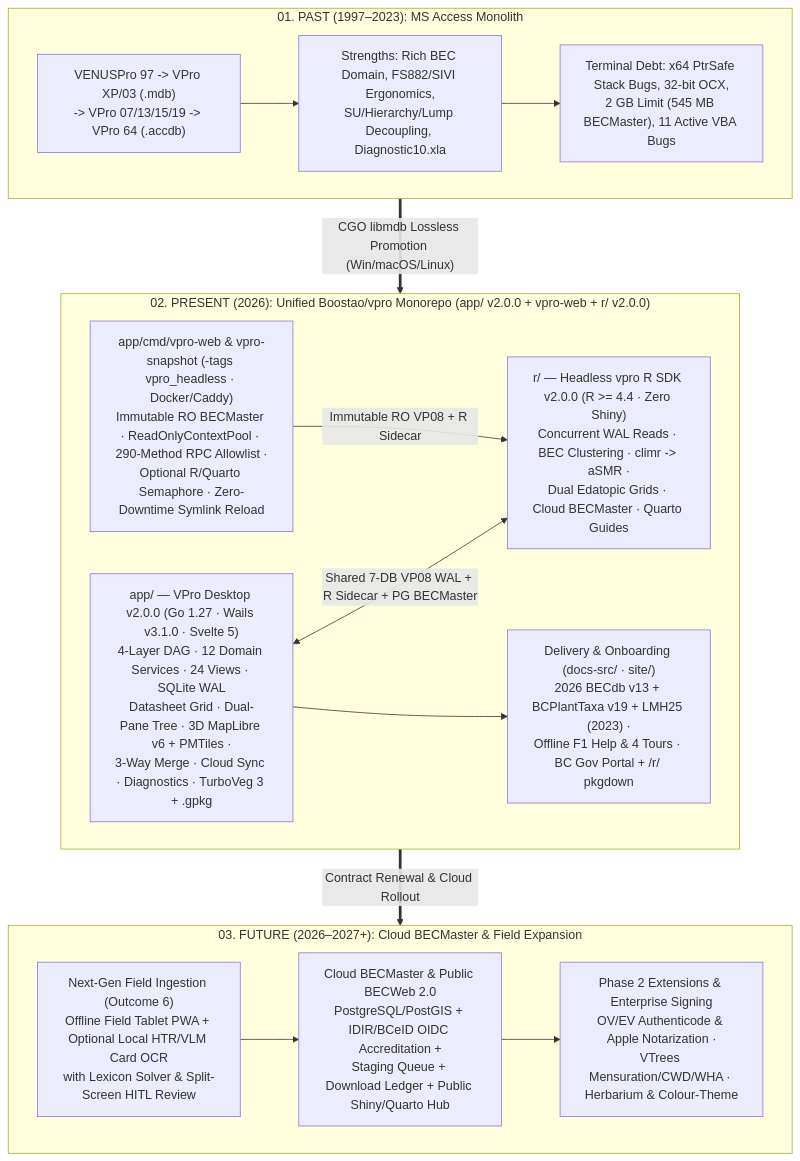
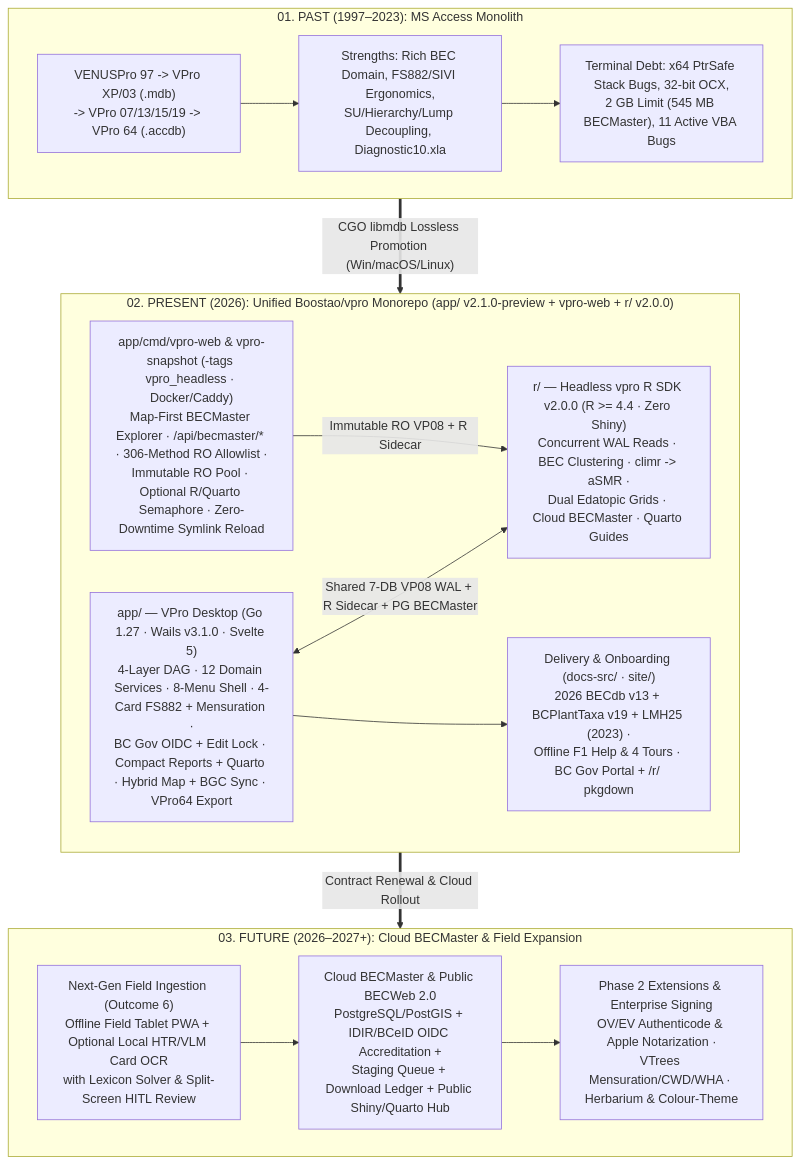
Before and after one commit to Boostao/vpro: the diagram in okf/00_index.md, drawn with Mermaid. The commit also changed other lines of this file and 11 other files, not shown here.

Commit message:
docs(okf,docs-src): add v2.1.0-preview whats_new, VPro64 copy, and D-15 OKF sync

````diff
--- a/okf/00_index.md
+++ b/okf/00_index.md
@@ -29,30 +29,30 @@
 ```mermaid
 flowchart TB
     subgraph Past["01. PAST (1997–2023): MS Access Monolith"]
         P1["VENUSPro 97 -> VPro XP/03 (.mdb)<br/>-> VPro 07/13/15/19 -> VPro 64 (.accdb)"]
         P2["Strengths: Rich BEC Domain, FS882/SIVI Ergonomics,<br/>SU/Hierarchy/Lump Decoupling, Diagnostic10.xla"]
         P3["Terminal Debt: x64 PtrSafe Stack Bugs, 32-bit OCX,<br/>2 GB Limit (545 MB BECMaster), 11 Active VBA Bugs"]
         P1 --> P2 --> P3
     end
 
-    subgraph Present["02. PRESENT (2026): Unified Boostao/vpro Monorepo (app/ v2.0.0 + vpro-web + r/ v2.0.0)"]
-        C1["app/ — VPro Desktop v2.0.0 (Go 1.27 · Wails v3.1.0 · Svelte 5)<br/>4-Layer DAG · 12 Domain Services · 24 Views · SQLite WAL<br/>Datasheet Grid · Dual-Pane Tree · 3D MapLibre v6 + PMTiles ·<br/>3-Way Merge · Cloud Sync · Diagnostics · TurboVeg 3 + .gpkg"]
+    subgraph Present["02. PRESENT (2026): Unified Boostao/vpro Monorepo (app/ v2.1.0-preview + vpro-web + r/ v2.0.0)"]
+        C1["app/ — VPro Desktop (Go 1.27 · Wails v3.1.0 · Svelte 5)<br/>4-Layer DAG · 12 Domain Services · 8-Menu Shell · 4-Card FS882 + Mensuration ·<br/>BC Gov OIDC + Edit Lock · Compact Reports + Quarto · Hybrid Map + BGC Sync · VPro64 Export"]
         C2["r/ — Headless vpro R SDK v2.0.0 (R >= 4.4 · Zero Shiny)<br/>Concurrent WAL Reads · BEC Clustering · climr -> aSMR ·<br/>Dual Edatopic Grids · Cloud BECMaster · Quarto Guides"]
-        C4["app/cmd/vpro-web & vpro-snapshot (-tags vpro_headless · Docker/Caddy)<br/>Immutable RO BECMaster · ReadOnlyContextPool · 290-Method RPC Allowlist ·<br/>Optional R/Quarto Semaphore · Zero-Downtime Symlink Reload"]
+        C4["app/cmd/vpro-web & vpro-snapshot (-tags vpro_headless · Docker/Caddy)<br/>Map-First BECMaster Explorer · /api/becmaster/* · 306-Method RO Allowlist ·<br/>Immutable RO Pool · Optional R/Quarto Semaphore · Zero-Downtime Symlink Reload"]
         C3["Delivery & Onboarding (docs-src/ · site/)<br/>2026 BECdb v13 + BCPlantTaxa v19 + LMH25 (2023) ·<br/>Offline F1 Help & 4 Tours · BC Gov Portal + /r/ pkgdown"]
         C1 <-->|"Shared 7-DB VP08 WAL + R Sidecar + PG BECMaster"| C2
         C4 -->|"Immutable RO VP08 + R Sidecar"| C2
         C1 --> C3
     end
 
     subgraph Future["03. FUTURE (2026–2027+): Cloud BECMaster & Field Expansion"]
         F1["Cloud BECMaster & Public BECWeb 2.0<br/>PostgreSQL/PostGIS + IDIR/BCeID OIDC Accreditation +<br/>Staging Queue + Download Ledger + Public Shiny/Quarto Hub"]
         F2["Next-Gen Field Ingestion (Outcome 6)<br/>Offline Field Tablet PWA + Optional Local HTR/VLM Card OCR<br/>with Lexicon Solver & Split-Screen HITL Review"]
         F3["Phase 2 Extensions & Enterprise Signing<br/>OV/EV Authenticode & Apple Notarization ·<br/>VTrees Mensuration/CWD/WHA · Herbarium & Colour-Theme"]
         F1 --> F3
         F2 --> F1
     end
 
     Past ==>|"CGO libmdb Lossless Promotion (Win/macOS/Linux)"| Present
     Present ==>|"Contract Renewal & Cloud Rollout"| Future
 ```
````
